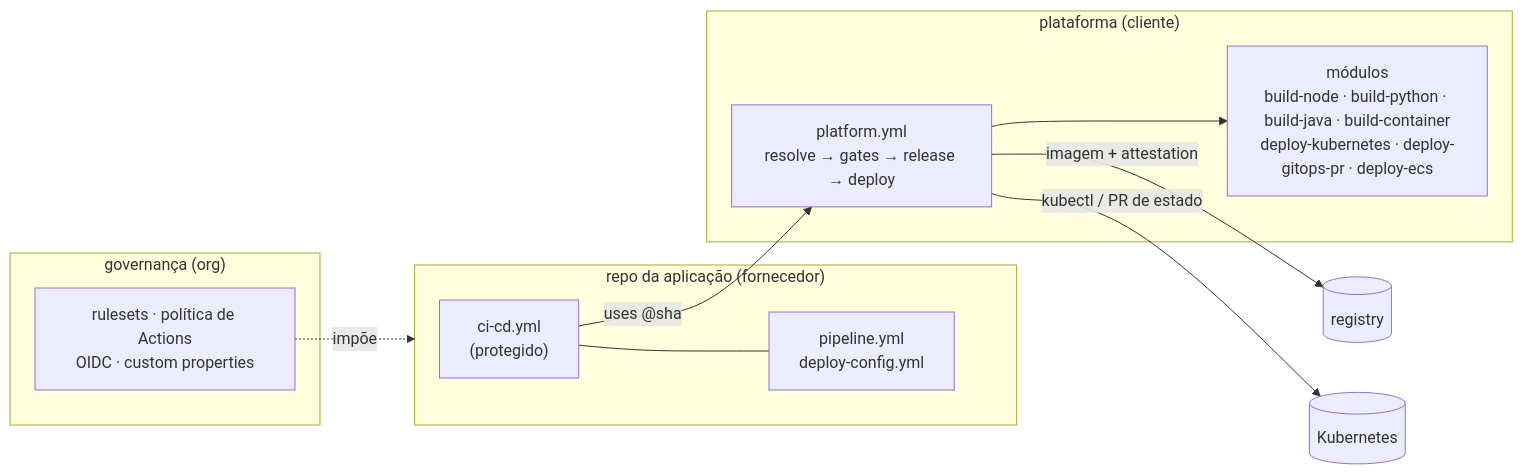
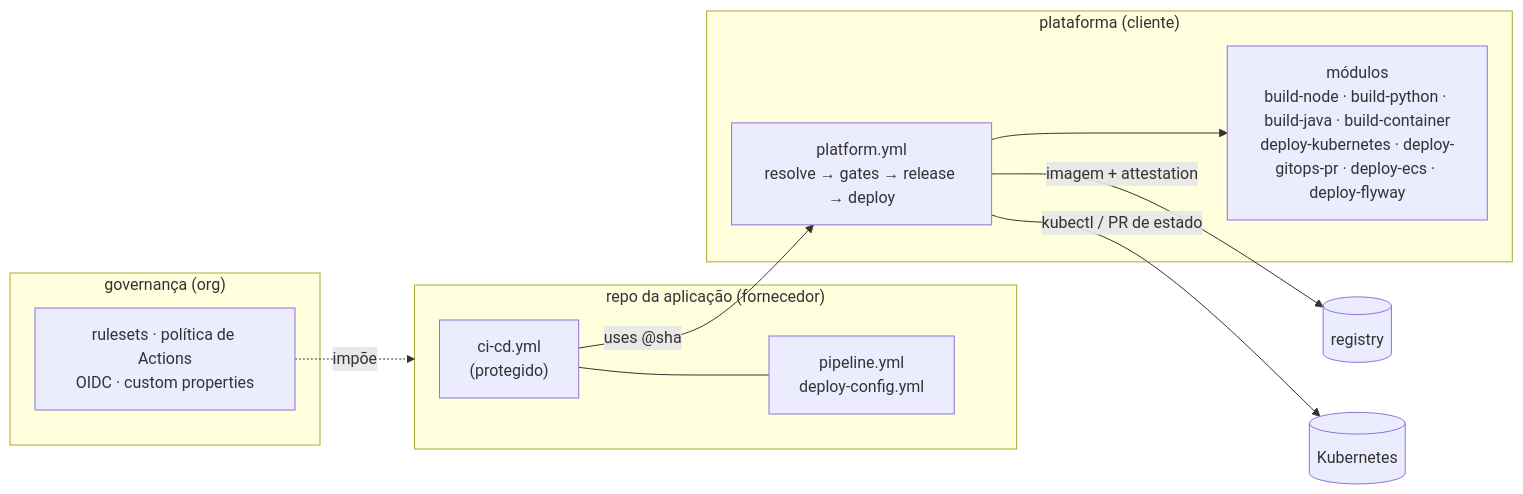
Before and after one commit to diogorochaaraujo/gitflow-devsecops-pipeline: the diagram in README.md, drawn with Mermaid. The commit also changed other lines of this file and 6 other files, not shown here.

````diff
--- a/README.md
+++ b/README.md
@@ -31,18 +32,18 @@
 ```mermaid
 flowchart LR
   subgraph APP["repo da aplicação (fornecedor)"]
     W["ci-cd.yml<br/>(protegido)"] --- C["pipeline.yml<br/>deploy-config.yml"]
   end
   subgraph PLAT["plataforma (cliente)"]
     O["platform.yml<br/>resolve → gates → release → deploy"]
-    M["módulos<br/>build-node · build-python · build-java · build-container<br/>deploy-kubernetes · deploy-gitops-pr · deploy-ecs"]
+    M["módulos<br/>build-node · build-python · build-java · build-container<br/>deploy-kubernetes · deploy-gitops-pr · deploy-ecs · deploy-flyway"]
     O --> M
   end
   subgraph GOV["governança (org)"]
     R["rulesets · política de Actions<br/>OIDC · custom properties"]
   end
   W -->|uses @sha| O
   R -.impõe.-> APP
   O -->|imagem + attestation| REG[(registry)]
   O -->|kubectl / PR de estado| K8S[(Kubernetes)]
 ```
````
